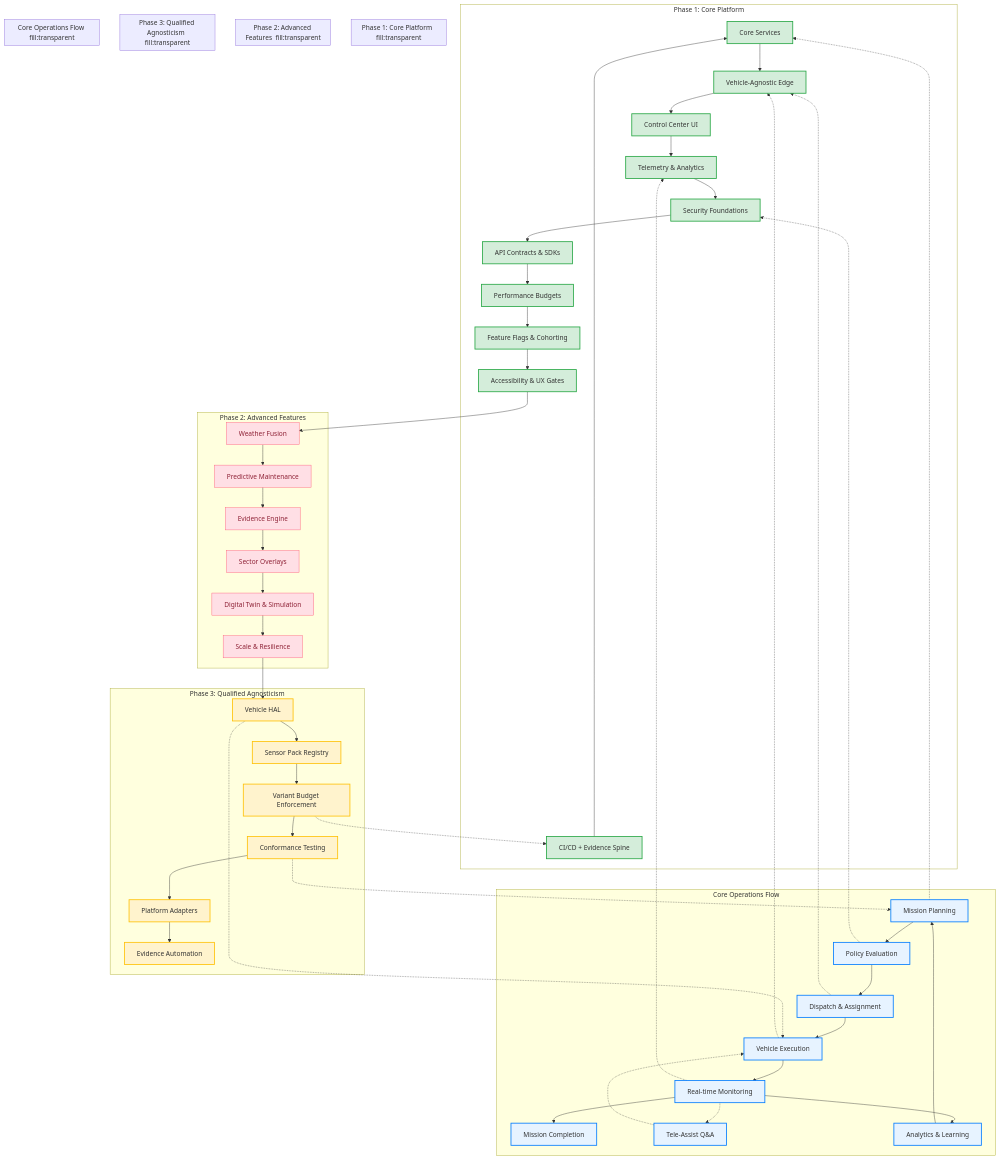
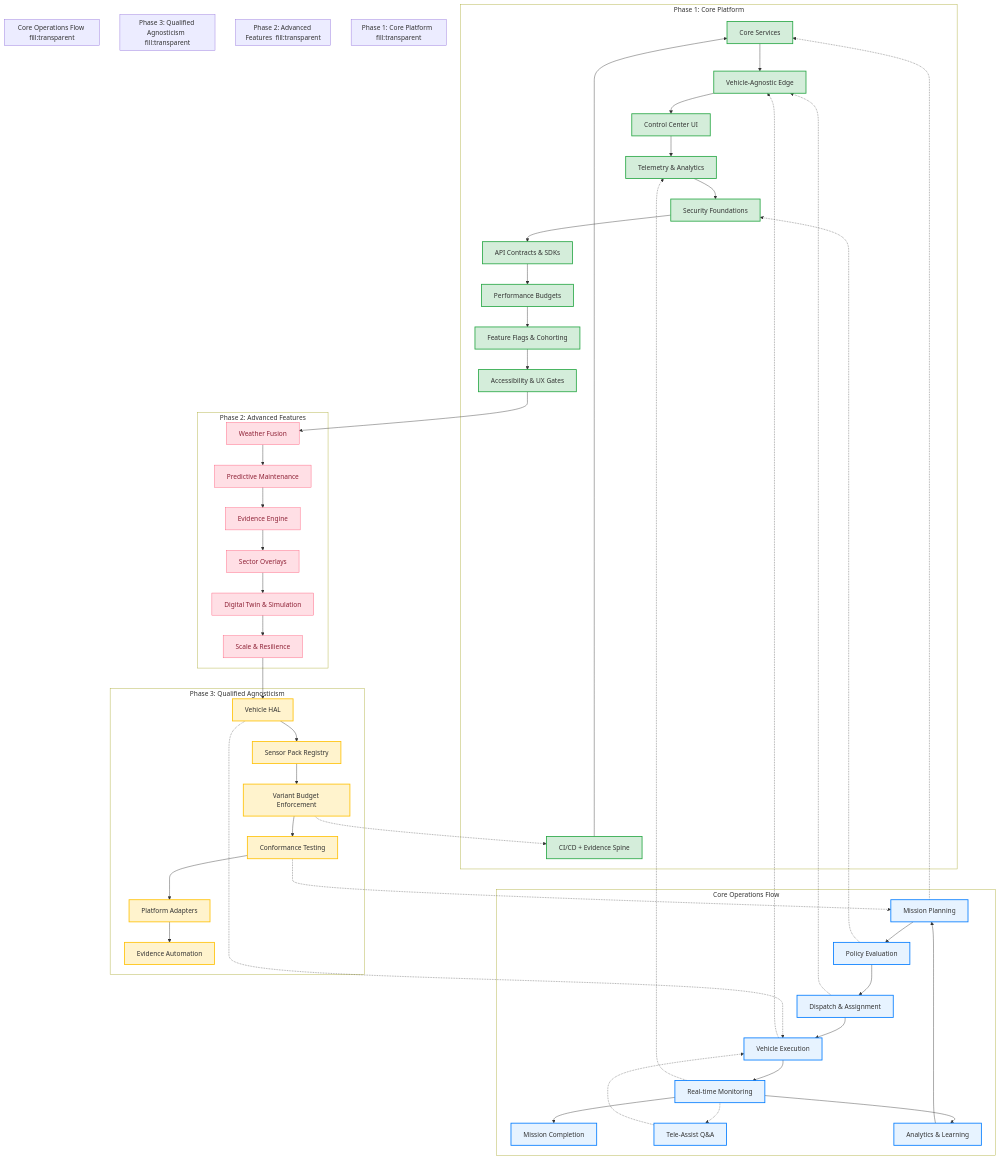
Before and after one commit to suprachakra/AtlasMesh-Fleet-OS: the third of 10 diagrams in README.md, drawn with Mermaid.

````diff
--- a/README.md
+++ b/README.md
@@ -357,5 +357,7 @@
     classDef Rose stroke-width:1px, stroke-dasharray:none, stroke:#FF5978, fill:#FFDFE5, color:#8E2236
     classDef Peach stroke-width:1px, stroke-dasharray:none, stroke:#FBB35A, fill:#FFEFDB, color:#8F632D
     style subGraph0 fill:transparent
-
+    style subGraph1 fill:transparent
+    style subGraph2 fill:transparent
+    style subGraph3 fill:transparent
 ```
````
